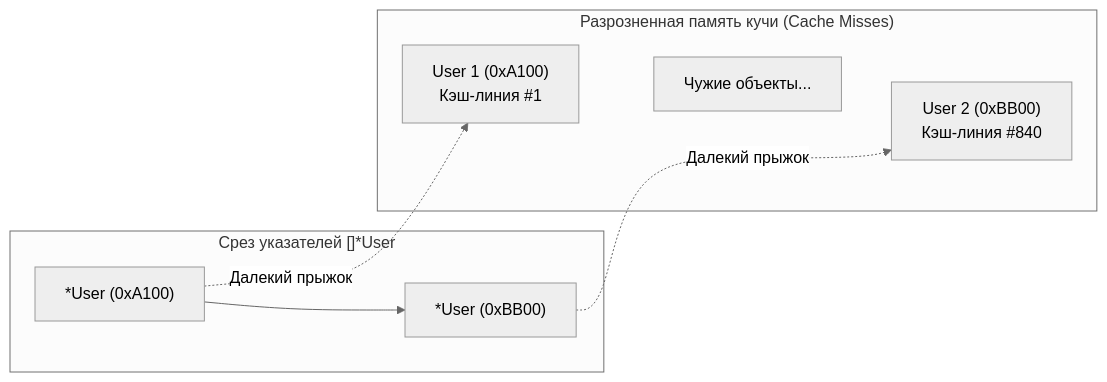
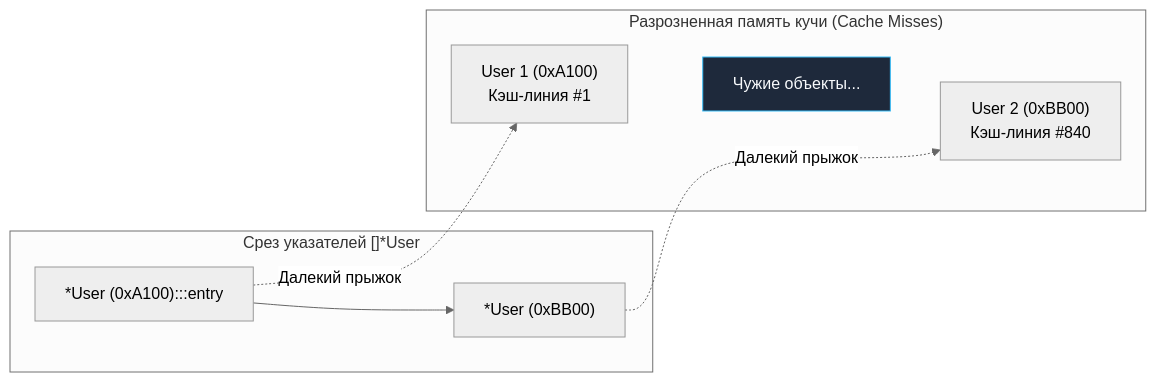
One commit to UnrealTemplier/go-textbook changed the second of 2 diagrams in sources/7. Глубокий Go (Внутреннее устройство)/20. Stack vs Heap в Go.md. Above: the diagram before and after it, drawn with Mermaid (neutral theme). The commit also changed other lines of this file and 1666 other files, not shown here.

First line of the commit message:
feat(mermaid): add semantic color classDef to 1369 colorless flowchart/graph diagrams

````diff
--- a/sources/7. Глубокий Go (Внутреннее устройство)/20. Stack vs Heap в Go.md
+++ b/sources/7. Глубокий Go (Внутреннее устройство)/20. Stack vs Heap в Go.md
@@ -95,16 +105,26 @@
 ```mermaid
 flowchart LR
+    classDef process  fill:#1e293b,stroke:#38bdf8,stroke-width:1px,color:#f8fafc
+    classDef success  fill:#064e3b,stroke:#34d399,stroke-width:1px,color:#f8fafc
+    classDef error    fill:#7f1d1d,stroke:#f87171,stroke-width:1px,color:#f8fafc
+    classDef warning  fill:#78350f,stroke:#fbbf24,stroke-width:1px,color:#f8fafc
+    classDef entry    fill:#1e3a5f,stroke:#38bdf8,stroke-width:2px,color:#f8fafc
+    classDef aux      fill:#334155,stroke:#64748b,stroke-width:1px,color:#f8fafc
+    classDef system   fill:#312e81,stroke:#a78bfa,stroke-width:1px,color:#f8fafc
+    classDef data     fill:#132d29,stroke:#2dd4bf,stroke-width:1px,color:#f8fafc
+    classDef network  fill:#881337,stroke:#fb7185,stroke-width:1px,color:#f8fafc
+    classDef accent   fill:#1e1b4b,stroke:#818cf8,stroke-width:1px,color:#f8fafc
     subgraph ARRAY_PTR ["Срез указателей []*User"]
-        P1["*User (0xA100)"] --> P2["*User (0xBB00)"]
+        P1["*User (0xA100):::entry"] --> P2["*User (0xBB00)"]
     end
     
     subgraph MEM ["Разрозненная память кучи (Cache Misses)"]
         U1["User 1 (0xA100)<br>Кэш-линия #1"]
-        TRASH["Чужие объекты..."]
+        TRASH["Чужие объекты..."]:::process
         U2["User 2 (0xBB00)<br>Кэш-линия #840"]
         U1 ~~~ TRASH ~~~ U2
     end
     
     P1 -.->|Далекий прыжок| U1
     P2 -.->|Далекий прыжок| U2
 ```
````
